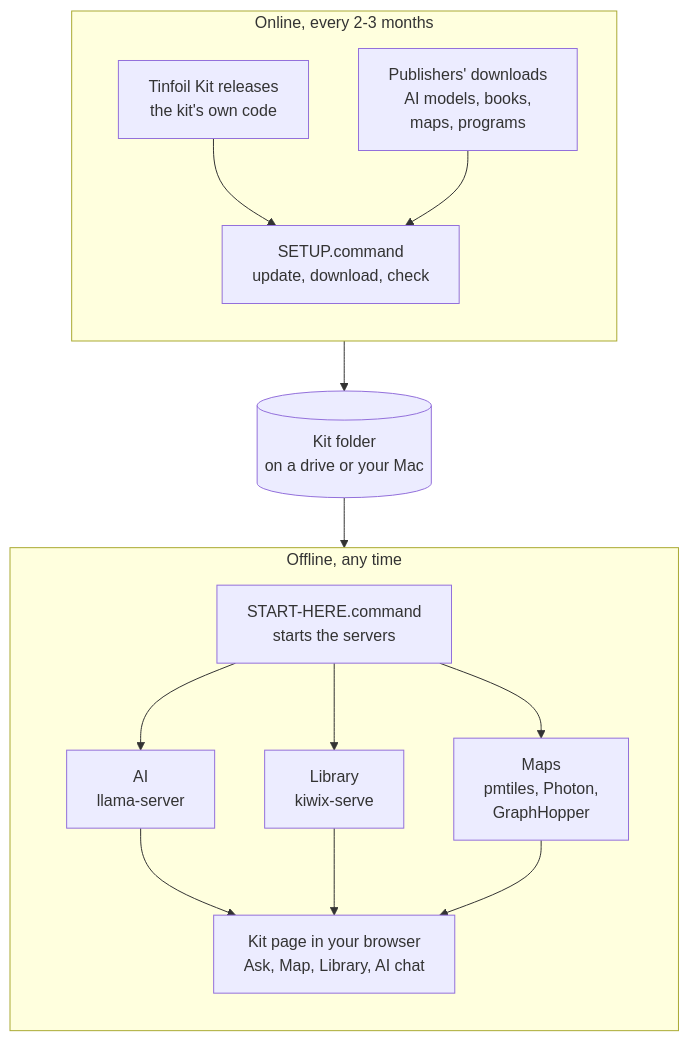
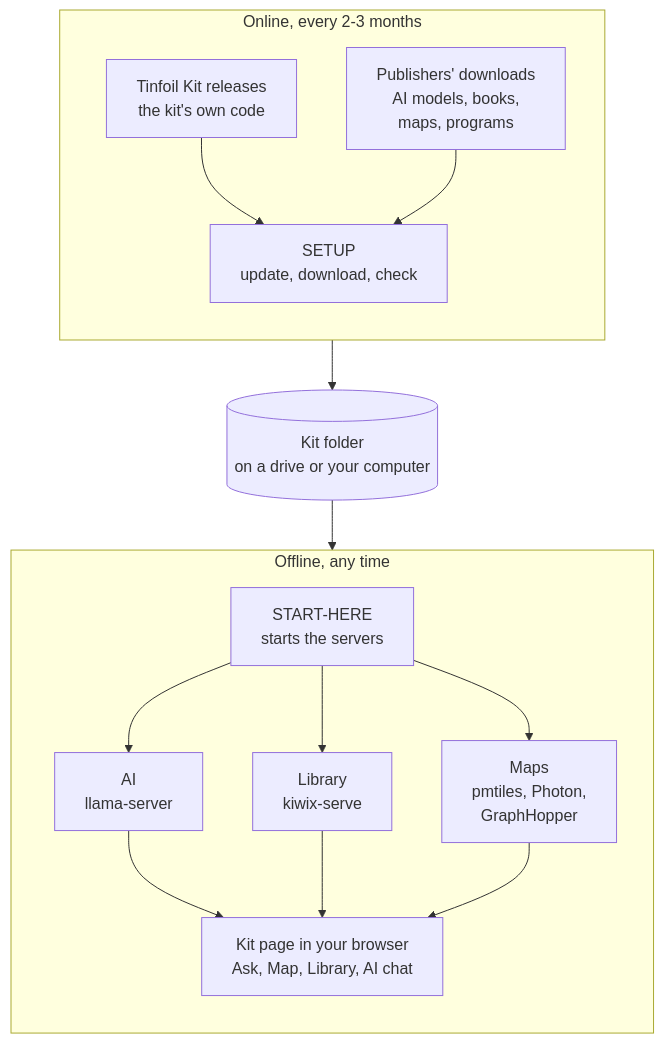
The diagram in README.md (tudor-city-ventures/tinfoil-kit), drawn with Mermaid before and after one commit. The commit also changed other lines of this file, not shown here.

First line of the commit message:
README: for any modern laptop, not just a Mac

````diff
--- a/README.md
+++ b/README.md
@@ -19,23 +19,23 @@
 ```mermaid
 %%{init: {"flowchart": {"wrappingWidth": 300}}}%%
 flowchart TB
   subgraph online["Online, every 2-3 months"]
     direction TB
     releases["Tinfoil Kit releases<br/>the kit's own code"] --> setup
     publishers["Publishers' downloads<br/>AI models, books,<br/>maps, programs"] --> setup
-    setup["SETUP.command<br/>update, download, check"]
+    setup["SETUP<br/>update, download, check"]
   end
-  folder[("Kit folder<br/>on a drive or your Mac")]
+  folder[("Kit folder<br/>on a drive or your computer")]
   subgraph offline["Offline, any time"]
     direction TB
-    start["START-HERE.command<br/>starts the servers"]
+    start["START-HERE<br/>starts the servers"]
     start --> ai["AI<br/>llama-server"]
     start --> library["Library<br/>kiwix-serve"]
     start --> maps["Maps<br/>pmtiles, Photon,<br/>GraphHopper"]
     ai --> page
     library --> page
     maps --> page
     page["Kit page in your browser<br/>Ask, Map, Library, AI chat"]
   end
   online --> folder --> offline
 ```
````
